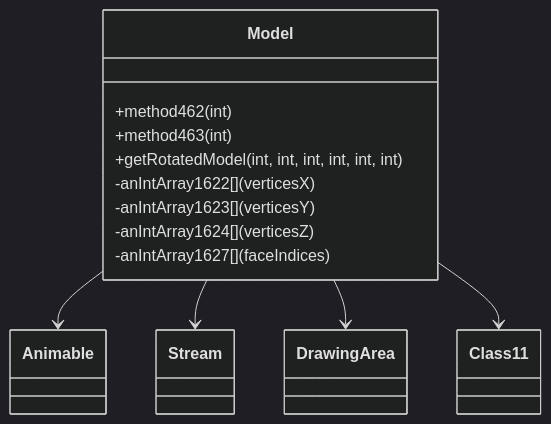
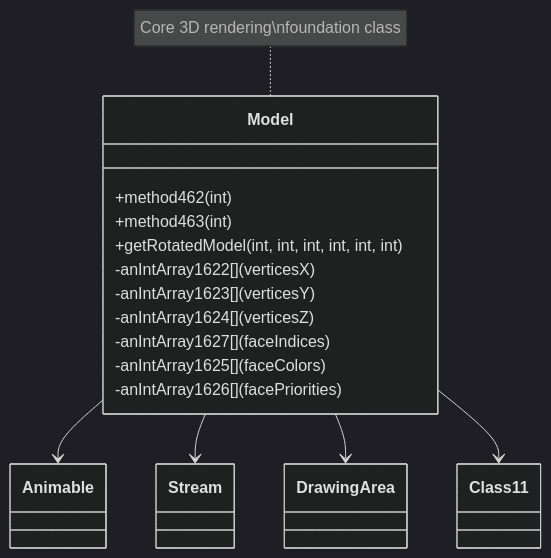
Before and after one commit to daxxog/solmud: the diagram in bytecode/mapping/evidence/verified/Model_ZKARKDQW.md, drawn with Mermaid (dark theme). The commit also changed other lines of this file and 69 other files, not shown here.

````diff
--- a/bytecode/mapping/evidence/verified/Model_ZKARKDQW.md
+++ b/bytecode/mapping/evidence/verified/Model_ZKARKDQW.md
@@ -16,14 +17,18 @@
 ```mermaid
 classDiagram
     Model --> Animable
     Model --> Stream
     Model --> DrawingArea
     Model --> Class11
     Model : +method462(int)
     Model : +method463(int)
     Model : +getRotatedModel(int, int, int, int, int, int)
     Model : -anIntArray1622[] (verticesX)
     Model : -anIntArray1623[] (verticesY)
     Model : -anIntArray1624[] (verticesZ)
     Model : -anIntArray1627[] (faceIndices)
+    Model : -anIntArray1625[] (faceColors)
+    Model : -anIntArray1626[] (facePriorities)
+    
+    note for Model "Core 3D rendering\nfoundation class"
 ```
````
